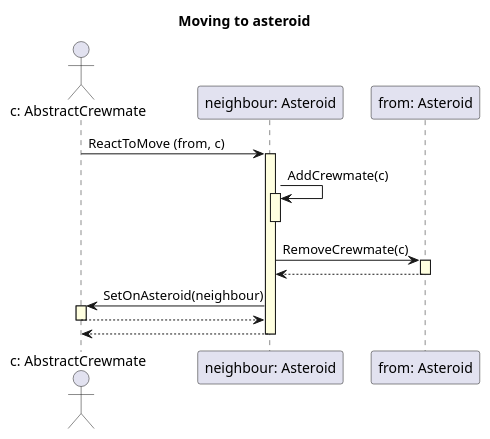
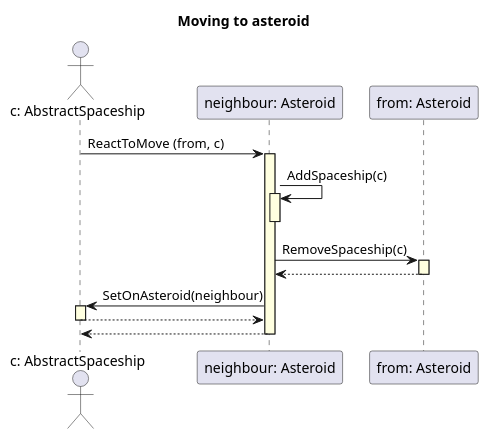
Before and after one commit to triszt4n/projlab_holy_oil: the diagram in uml/original_seq_diagrams/react_move_asteroid.plantuml, drawn with PlantUML. The commit also changed 36 other files, not shown here.

```diff
--- a/uml/original_seq_diagrams/react_move_asteroid.plantuml
+++ b/uml/original_seq_diagrams/react_move_asteroid.plantuml
@@ -1,23 +1,23 @@
 @startuml
 skinparam SequenceLifeLineBackgroundColor LightYellow
 
 title "Moving to asteroid"
 
-actor "c: AbstractCrewmate" as crewmate
+actor "c: AbstractSpaceship" as crewmate
 participant "neighbour: Asteroid" as neighbour
 participant "from: Asteroid" as from
 
 crewmate -> neighbour ++ : ReactToMove (from, c)
 
-    neighbour -> neighbour ++ : AddCrewmate(c)
+    neighbour -> neighbour ++ : AddSpaceship(c)
     deactivate neighbour
 
-    neighbour -> from ++ : RemoveCrewmate(c)
+    neighbour -> from ++ : RemoveSpaceship(c)
     from --> neighbour --
 
     neighbour -> crewmate ++ : SetOnAsteroid(neighbour)
     crewmate --> neighbour --
 
 neighbour --> crewmate --
 
 @enduml
```
